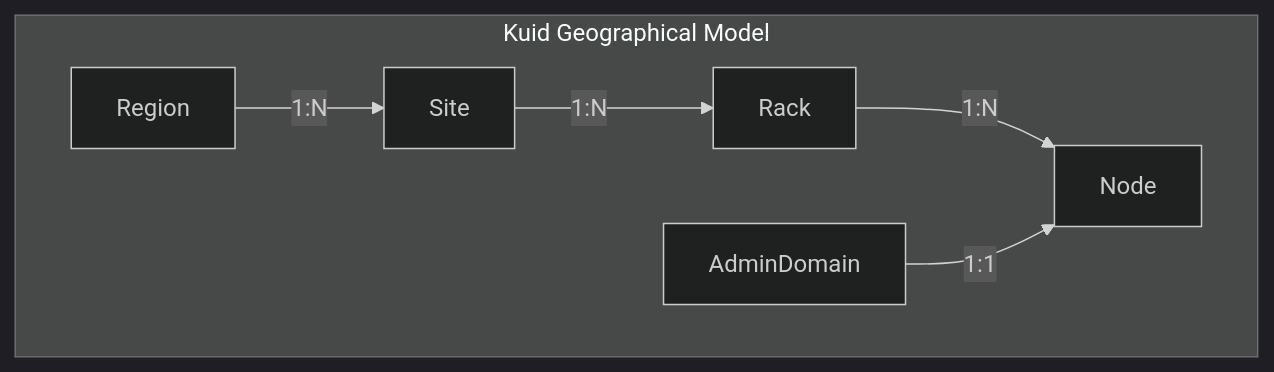
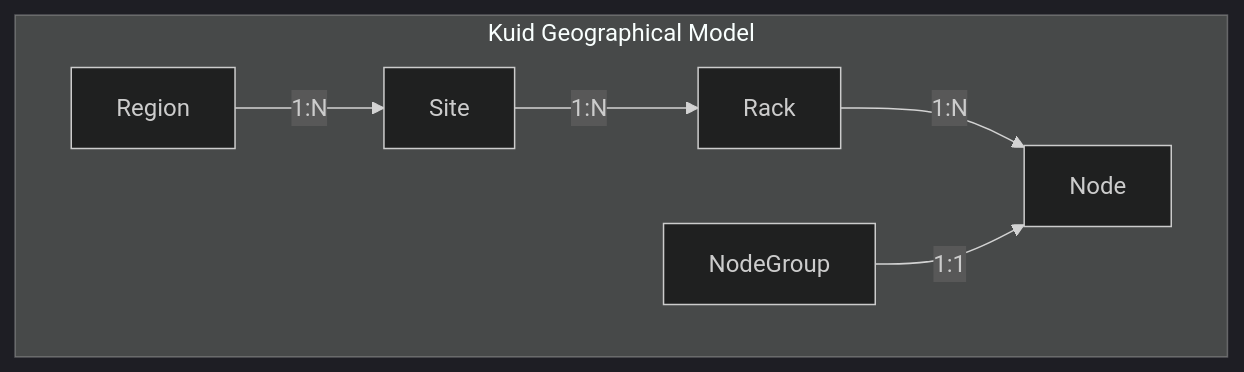
One commit to kuidio/docs changed the first of 3 diagrams in docs/02-resources/02-inventory/01_about.md. Above: the diagram before and after it, drawn with Mermaid (dark theme). The commit also changed other lines of this file and 16 other files, not shown here.

````diff
--- a/docs/02-resources/02-inventory/01_about.md
+++ b/docs/02-resources/02-inventory/01_about.md
@@ -19,14 +19,14 @@
 ```mermaid
 graph TD;
     subgraph "Kuid Geographical Model"
         Region
         Site;
         Rack;
-        AdminDomain;
+        NodeGroup;
         Node;
         Region --> |1:N| Site;
         Site --> |1:N| Rack;
         Rack --> |1:N| Node;
-        AdminDomain --> |1:1| Node;
+        NodeGroup --> |1:1| Node;
     end
 ```
````
